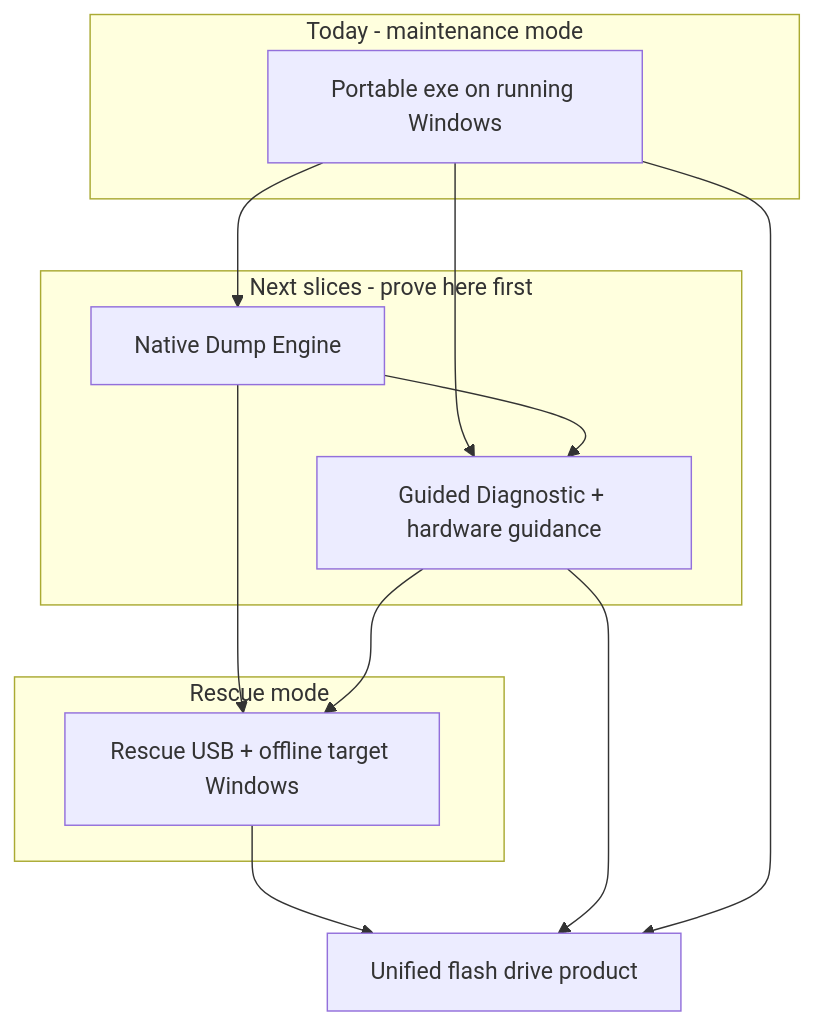
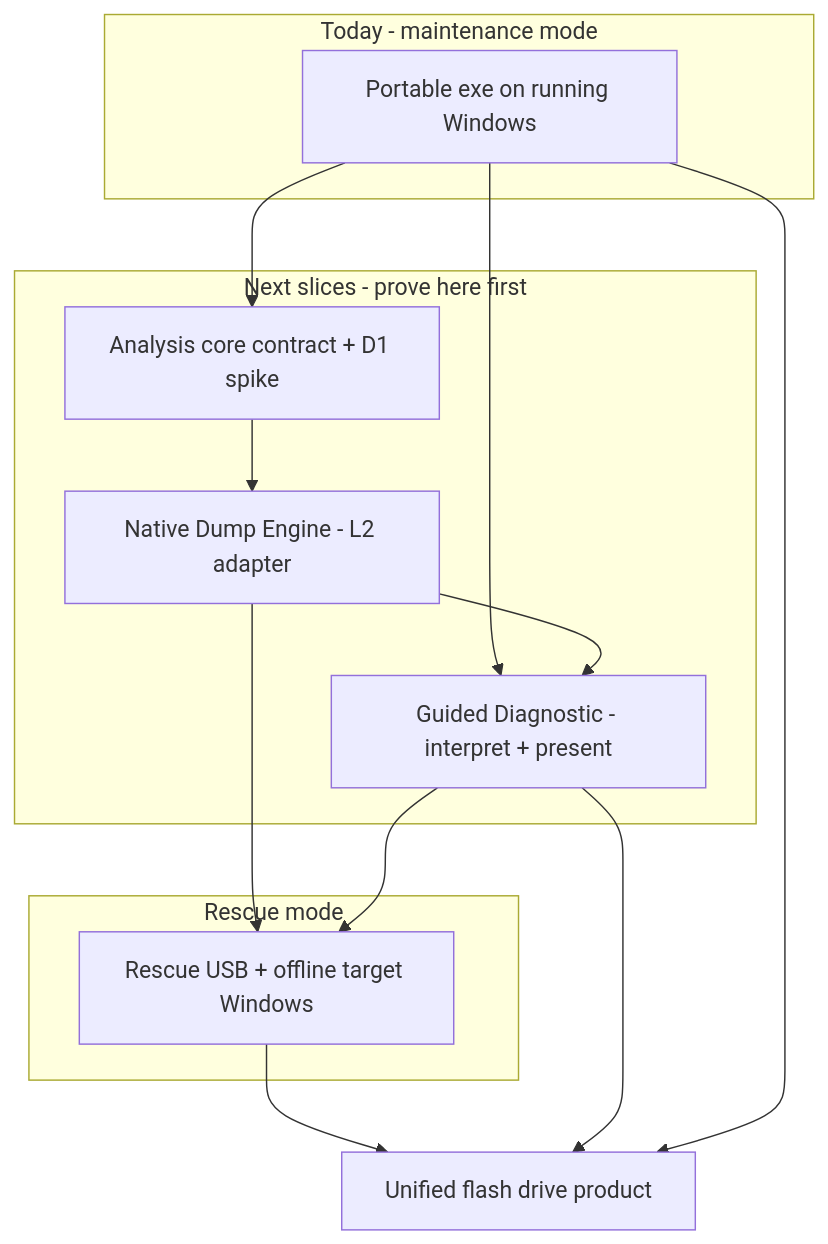
Before and after one commit to binary-100/BSODAnalyzer: the diagram in docs/upgrade/plans/NEXT_UPGRADE_INDEX.md, drawn with Mermaid. The commit also changed other lines of this file and 27 other files, not shown here.

First line of the commit message:
Add native dump upgrade planning, D1 spike, and parity baseline.

````diff
--- a/docs/upgrade/plans/NEXT_UPGRADE_INDEX.md
+++ b/docs/upgrade/plans/NEXT_UPGRADE_INDEX.md
@@ -50,24 +64,26 @@
 ```mermaid
 flowchart TB
     subgraph today [Today - maintenance mode]
         MA[Portable exe on running Windows]
     end
 
     subgraph next [Next slices - prove here first]
-        ND[Native Dump Engine]
-        GD[Guided Diagnostic + hardware guidance]
+        ND[Native Dump Engine - L2 adapter]
+        GD[Guided Diagnostic - interpret + present]
+        AC[Analysis core contract + D1 spike]
     end
 
     subgraph later [Rescue mode]
         RU[Rescue USB + offline target Windows]
     end
 
-    MA --> ND
+    MA --> AC
+    AC --> ND
     MA --> GD
     ND --> GD
     ND --> RU
     GD --> RU
     RU --> END[Unified flash drive product]
     GD --> END
     MA --> END
 ```
````
